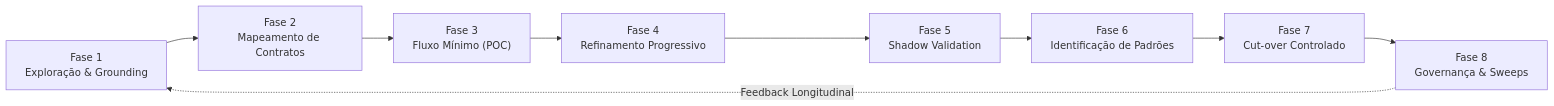
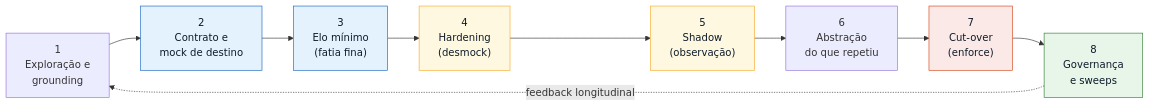
Before and after one commit to fuzaro/EEEMIAD: the diagram in docs/pt/04-fases-do-ciclo.md, drawn with Mermaid. The commit also changed other lines of this file and 65 other files, not shown here.

````diff
--- a/docs/pt/04-fases-do-ciclo.md
+++ b/docs/pt/04-fases-do-ciclo.md
@@ -9,11 +11,17 @@
 ```mermaid
 flowchart LR
-    F1["Fase 1<br/>Exploração & Grounding"] --> F2["Fase 2<br/>Mapeamento de Contratos"]
-    F2 --> F3["Fase 3<br/>Fluxo Mínimo (POC)"]
-    F3 --> F4["Fase 4<br/>Refinamento Progressivo"]
-    F4 --> F5["Fase 5<br/>Shadow Validation"]
-    F5 --> F6["Fase 6<br/>Identificação de Padrões"]
-    F6 --> F7["Fase 7<br/>Cut-over Controlado"]
-    F7 --> F8["Fase 8<br/>Governança & Sweeps"]
-    F8 -.->|"Feedback Longitudinal"| F1
+    F1["1<br/>Exploração e<br/>grounding"] --> F2["2<br/>Contrato e<br/>mock de destino"]
+    F2 --> F3["3<br/>Elo mínimo<br/>(fatia fina)"]
+    F3 --> F4["4<br/>Hardening<br/>(desmock)"]
+    F4 --> F5["5<br/>Shadow<br/>(observação)"]
+    F5 --> F6["6<br/>Abstração<br/>do que repetiu"]
+    F6 --> F7["7<br/>Cut-over<br/>(enforce)"]
+    F7 --> F8["8<br/>Governança<br/>e sweeps"]
+    F8 -.->|"feedback longitudinal"| F1
+    style F2 fill:#e3f2fd,stroke:#1565c0,color:#0d1b2a
+    style F3 fill:#e3f2fd,stroke:#1565c0,color:#0d1b2a
+    style F4 fill:#fff8e1,stroke:#f9a825,color:#0d1b2a
+    style F5 fill:#fff8e1,stroke:#f9a825,color:#0d1b2a
+    style F7 fill:#fbe9e7,stroke:#d84315,color:#0d1b2a
+    style F8 fill:#e8f5e9,stroke:#2e7d32,color:#0d1b2a
 ```
````
